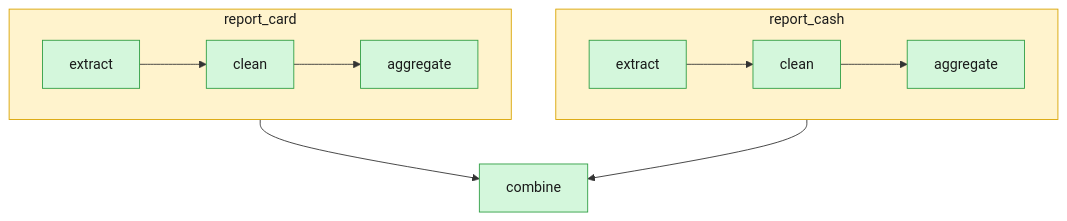
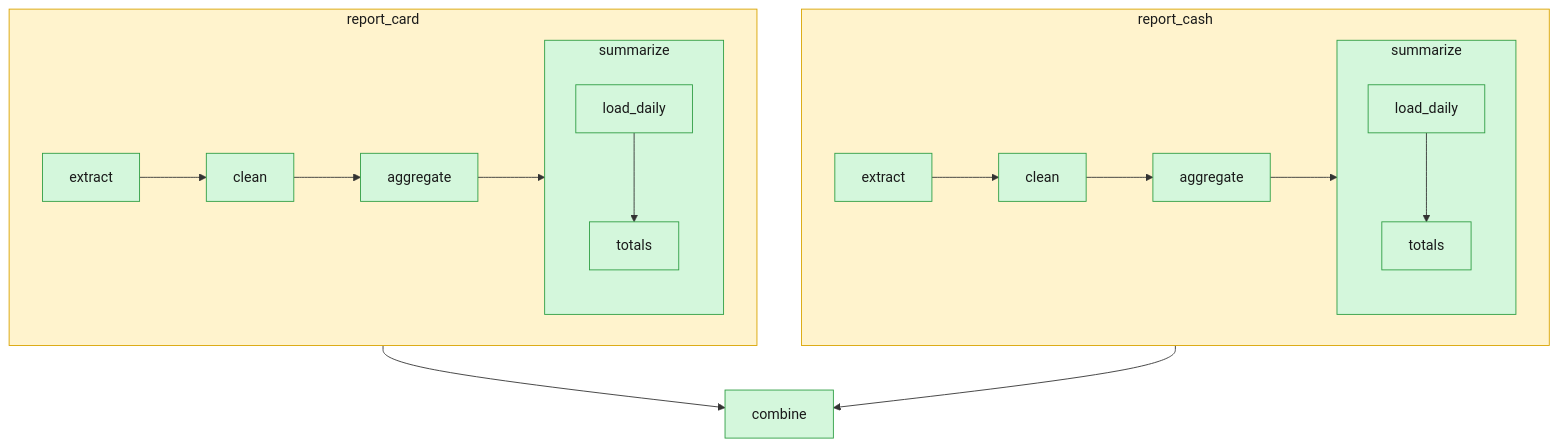
One commit to woozyking/duckpipe changed the diagram in examples/09_nested_pipeline/README.md. Above: the diagram before and after it, drawn with Mermaid. The commit also changed other lines of this file and 22 other files, not shown here.

Commit message:
feat: Recursive mermaid subgraphs, scheduler fixes, orchestrator-pool bridge

````diff
--- a/examples/09_nested_pipeline/README.md
+++ b/examples/09_nested_pipeline/README.md
@@ -36,31 +45,49 @@
 ```mermaid
 flowchart TD
     subgraph t_report_card ["report_card"]
         t_report_card__t_extract["extract"]
         t_report_card__t_clean["clean"]
         t_report_card__t_aggregate["aggregate"]
+        subgraph t_report_card__t_summarize ["summarize"]
+            t_report_card__t_summarize__t_load_daily["load_daily"]
+            t_report_card__t_summarize__t_totals["totals"]
+            t_report_card__t_summarize__t_load_daily --> t_report_card__t_summarize__t_totals
+            class t_report_card__t_summarize__t_load_daily success
+            class t_report_card__t_summarize__t_totals success
+        end
         t_report_card__t_extract --> t_report_card__t_clean
         t_report_card__t_clean --> t_report_card__t_aggregate
+        t_report_card__t_aggregate --> t_report_card__t_summarize
         class t_report_card__t_extract success
         class t_report_card__t_clean success
         class t_report_card__t_aggregate success
+        class t_report_card__t_summarize success
     end
     subgraph t_report_cash ["report_cash"]
         t_report_cash__t_extract["extract"]
         t_report_cash__t_clean["clean"]
         t_report_cash__t_aggregate["aggregate"]
+        subgraph t_report_cash__t_summarize ["summarize"]
+            t_report_cash__t_summarize__t_load_daily["load_daily"]
+            t_report_cash__t_summarize__t_totals["totals"]
+            t_report_cash__t_summarize__t_load_daily --> t_report_cash__t_summarize__t_totals
+            class t_report_cash__t_summarize__t_load_daily success
+            class t_report_cash__t_summarize__t_totals success
+        end
         t_report_cash__t_extract --> t_report_cash__t_clean
         t_report_cash__t_clean --> t_report_cash__t_aggregate
+        t_report_cash__t_aggregate --> t_report_cash__t_summarize
         class t_report_cash__t_extract success
         class t_report_cash__t_clean success
         class t_report_cash__t_aggregate success
+        class t_report_cash__t_summarize success
     end
     t_combine["combine"]
     t_report_card --> t_combine
     t_report_cash --> t_combine
     class t_report_card skipped
     class t_report_cash skipped
     class t_combine success
     classDef success fill:#d4f7dc,stroke:#2f9e44,color:#1a1a1a
     classDef skipped fill:#fff3cd,stroke:#d9a400,color:#1a1a1a
 ```
````
